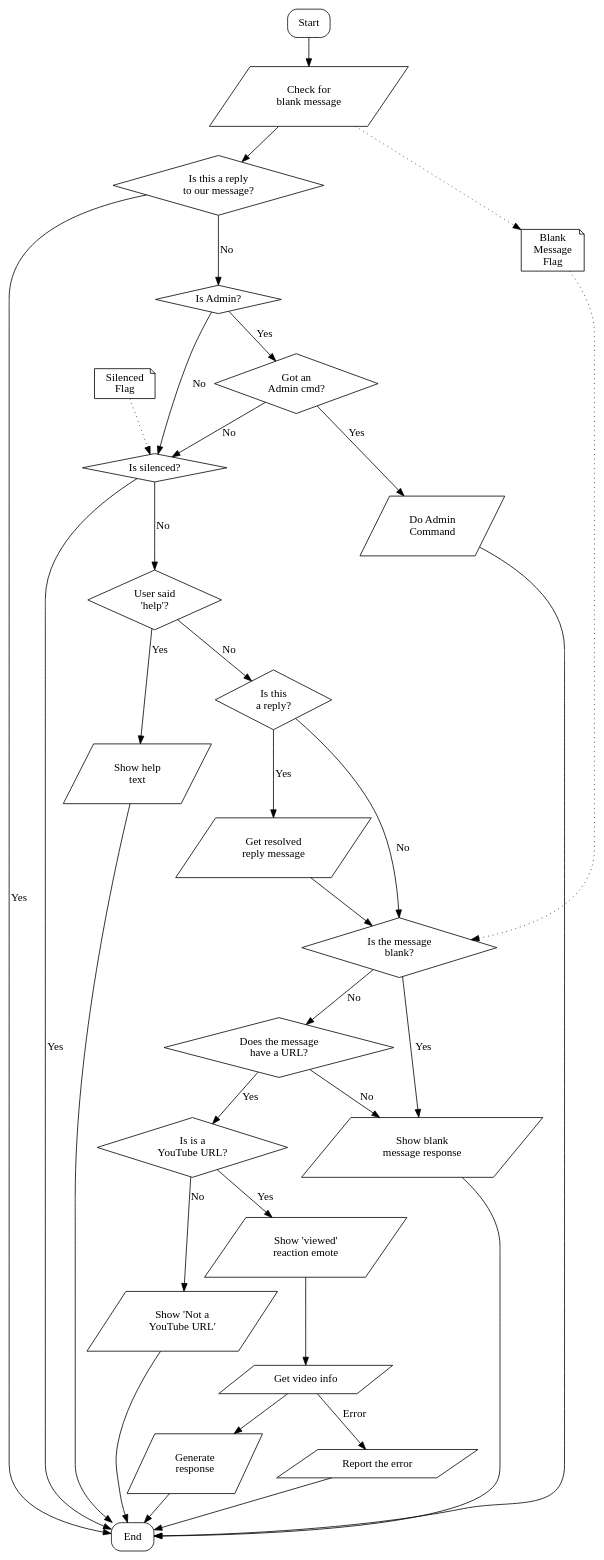
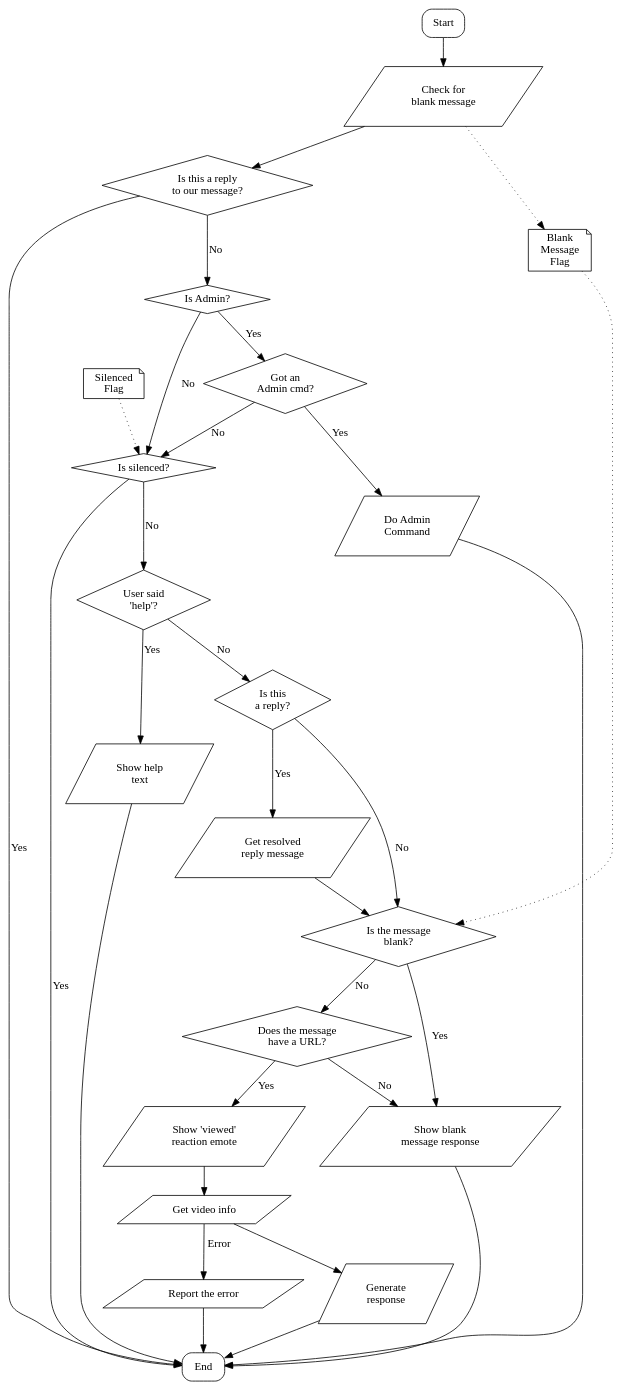
One commit to ccfreak2k/benjabot changed the diagram in responseflow.gv. Above: the diagram before and after it, drawn with Graphviz. The commit also changed 1 other file, not shown here.

Commit message:
Misc QoL changes Remove YouTube regex and only check for a basic URL Pass "noplaylist" option to youtube-dl Add per-server silence flag Have catchall message for uncaught exception from youtube-dl

```diff
--- a/responseflow.gv
+++ b/responseflow.gv
@@ -1,97 +1,90 @@
 /*
 Compile with:
 dot -Tpng responseflow.gv -o responseflow.png
 */
 digraph {
     Silenced[shape=note, label="Silenced\nFlag"]
     subgraph commandParseStage {
         style=filled;
         color=lightgray;
         label="Command Parse Stage";
         node [style=""];
 
         MessageIsBlank[shape=note, label="Blank\nMessage\nFlag"]
 
         Start[shape=box, style=rounded]
 
         CheckForBlank[shape=parallelogram, label="Check for\nblank message"]
         Start -> CheckForBlank
         CheckForBlank -> MessageIsBlank[style=dotted]
 
         IsReplyToUs[shape=diamond, label="Is this a reply\nto our message?"]
         CheckForBlank -> IsReplyToUs
 
         IsAdmin[shape=diamond, label="Is Admin?"]
         IsReplyToUs -> IsAdmin[label="No"]
 
         AdminCommand[shape=diamond, label="Got an\nAdmin cmd?"]
         IsAdmin -> AdminCommand[label="Yes"]
 
         DoAdminCmd[shape=parallelogram, label="Do Admin\nCommand"]
         AdminCommand -> DoAdminCmd[label="Yes"]
 
         IsSilenced[shape=diamond, label="Is silenced?"]
         Silenced -> IsSilenced[style=dotted]
         IsAdmin -> IsSilenced[label="No"]
         AdminCommand -> IsSilenced[label="No"]
 
         HelpCmd[shape=diamond, label="User said\n'help'?"]
         IsSilenced -> HelpCmd[label="No"]
 
         ShowHelp[shape=parallelogram, label="Show help\ntext"]
         HelpCmd -> ShowHelp[label="Yes"]
 
         IsReply[shape=diamond, label="Is this\na reply?"]
         HelpCmd -> IsReply[label="No"]
 
         GetReply[shape=parallelogram, label="Get resolved\nreply message"]
         IsReply -> GetReply[label="Yes"]
 
         IsEmptyMessage[shape=diamond, label="Is the message\nblank?"]
         IsReply -> IsEmptyMessage[label="No"]
         GetReply -> IsEmptyMessage
         MessageIsBlank -> IsEmptyMessage[style=dotted]
 
         ShowBlankResponse[shape=parallelogram, label="Show blank\nmessage response"]
         IsEmptyMessage -> ShowBlankResponse[label="Yes"]
     }
 
     subgraph UrlParseStage {
         style=filled;
         color = darkgray;
         label = "URL/Video Parse Stage";
         node [style=""];
 
         IsUrl[shape=diamond, label="Does the message\nhave a URL?"]
         IsEmptyMessage -> IsUrl[label="No"]
         IsUrl -> ShowBlankResponse[label="No"]
 
-        IsYtUrl[shape=diamond, label="Is is a\nYouTube URL?"]
-        IsUrl -> IsYtUrl[label="Yes"]
-
-        NotYtUrl[shape=parallelogram, label="Show 'Not a\nYouTube URL'"]
-        IsYtUrl -> NotYtUrl[label="No"]
-
         ShowViewedEmote[shape=parallelogram, label="Show 'viewed'\nreaction emote"]
-        IsYtUrl -> ShowViewedEmote[label="Yes"]
+        IsUrl -> ShowViewedEmote[label="Yes"]
 
         GetVideoInfo[shape=parallelogram, label="Get video info"]
         ShowViewedEmote -> GetVideoInfo
 
         ReportError[shape=parallelogram, label="Report the error"]
         GetVideoInfo -> ReportError[label="Error"]
     }
 
     GenerateResponse[shape=parallelogram, label="Generate\nresponse"]
     GetVideoInfo -> GenerateResponse
 
     End[shape=box, style=rounded]
     IsReplyToUs -> End[label="Yes"]
     DoAdminCmd -> End
     IsSilenced -> End[label="Yes"]
     ShowHelp -> End
     ShowBlankResponse -> End
-    NotYtUrl -> End
     ReportError -> End
     GenerateResponse -> End
 }
```
